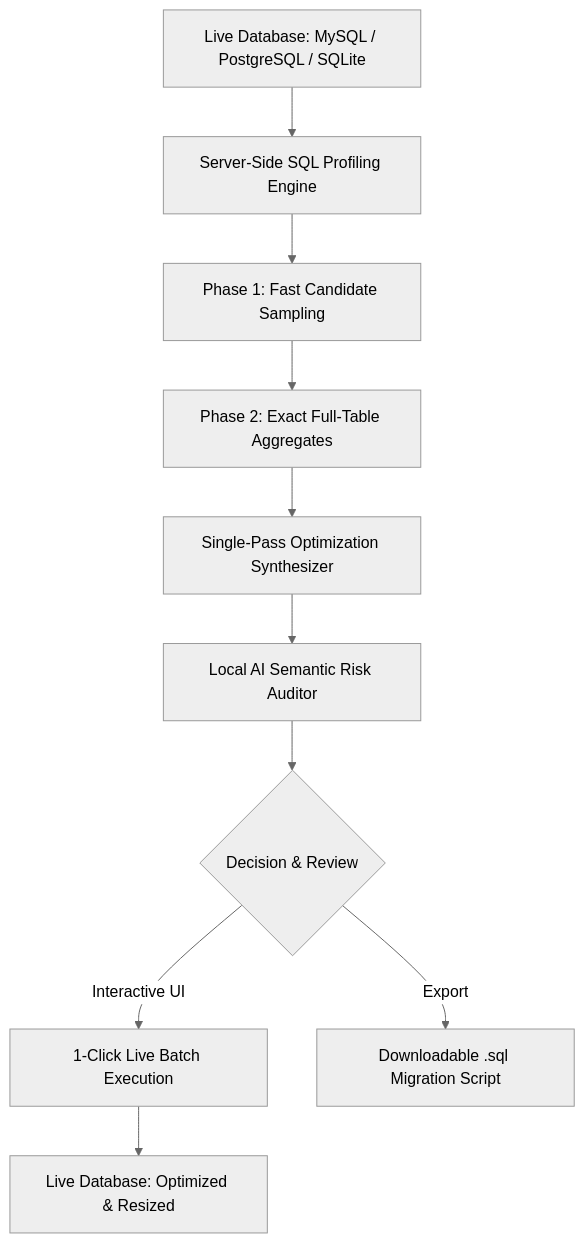
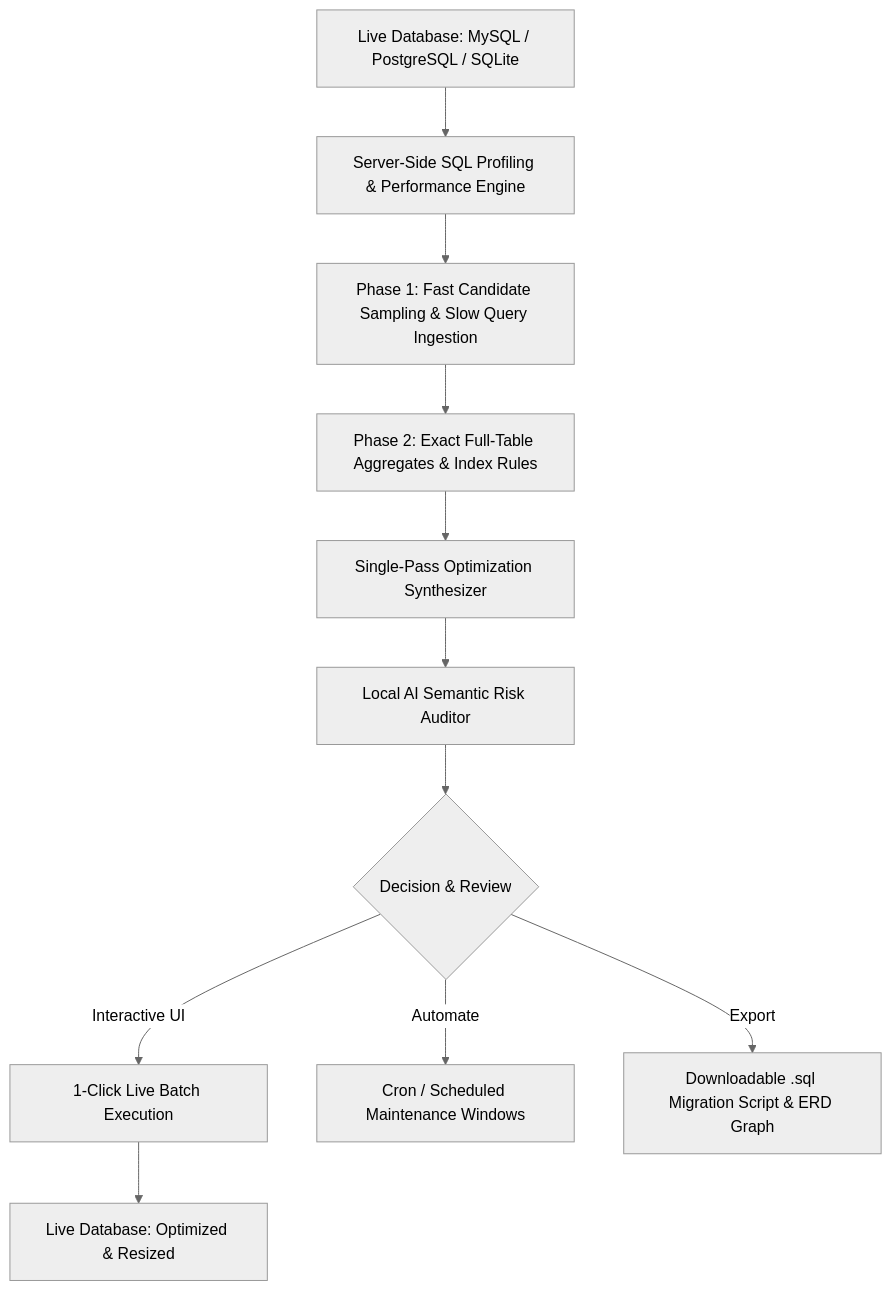
Before and after one commit to andreshm/sql-helper: the diagram in README.md, drawn with Mermaid (neutral theme). The commit also changed other lines of this file and 7 other files, not shown here.

Commit message:
feat: add Interactive ERD visualizer, Maintenance Scheduler with Crontab, and Slow Query Log ingestion

````diff
--- a/README.md
+++ b/README.md
@@ -86,12 +89,13 @@
 ```mermaid
 flowchart TD
-    A[Live Database: MySQL / PostgreSQL / SQLite] --> B[Server-Side SQL Profiling Engine]
-    B --> C[Phase 1: Fast Candidate Sampling]
-    C --> D[Phase 2: Exact Full-Table Aggregates]
+    A[Live Database: MySQL / PostgreSQL / SQLite] --> B[Server-Side SQL Profiling & Performance Engine]
+    B --> C[Phase 1: Fast Candidate Sampling & Slow Query Ingestion]
+    C --> D[Phase 2: Exact Full-Table Aggregates & Index Rules]
     D --> E[Single-Pass Optimization Synthesizer]
     E --> F[Local AI Semantic Risk Auditor]
     F --> G{Decision & Review}
     G -->|Interactive UI| H[1-Click Live Batch Execution]
-    G -->|Export| I[Downloadable .sql Migration Script]
+    G -->|Automate| S[Cron / Scheduled Maintenance Windows]
+    G -->|Export| I[Downloadable .sql Migration Script & ERD Graph]
     H --> J[Live Database: Optimized & Resized]
 ```
````
